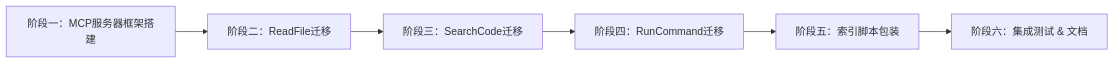
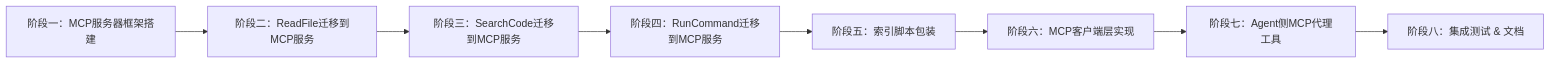
Before and after one commit to shortlight5980/code-mind-agent: the diagram in docs/mcp-migration/03-phased-migration.md, drawn with Mermaid. The commit also changed other lines of this file and 23 other files, not shown here.

````diff
--- a/docs/mcp-migration/03-phased-migration.md
+++ b/docs/mcp-migration/03-phased-migration.md
@@ -7,15 +7,19 @@
 ```mermaid
 graph LR
     P1[阶段一：MCP服务器框架搭建]
-    P2[阶段二：ReadFile迁移]
-    P3[阶段三：SearchCode迁移]
-    P4[阶段四：RunCommand迁移]
+    P2[阶段二：ReadFile迁移到MCP服务]
+    P3[阶段三：SearchCode迁移到MCP服务]
+    P4[阶段四：RunCommand迁移到MCP服务]
     P5[阶段五：索引脚本包装]
-    P6[阶段六：集成测试 & 文档]
+    P6[阶段六：MCP客户端层实现]
+    P7[阶段七：Agent侧MCP代理工具]
+    P8[阶段八：集成测试 & 文档]
 
     P1 --> P2
     P2 --> P3
     P3 --> P4
     P4 --> P5
     P5 --> P6
+    P6 --> P7
+    P7 --> P8
 ```
````
